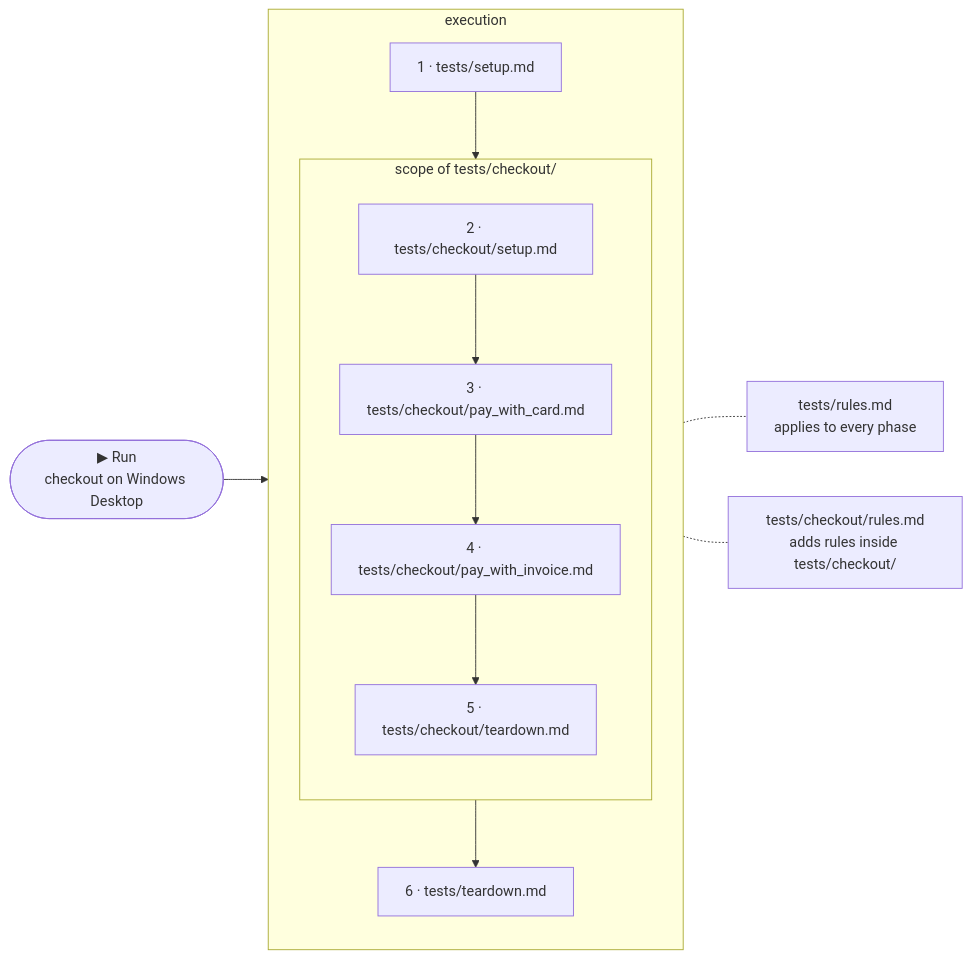
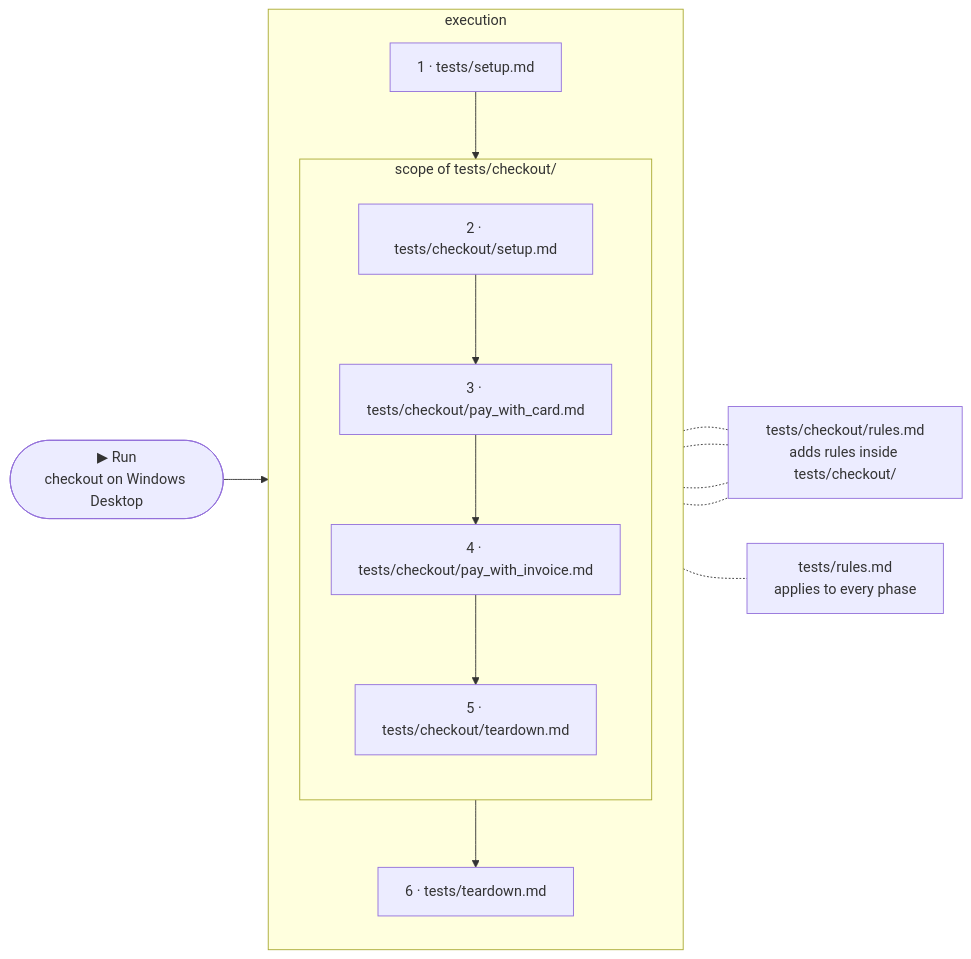
One commit to askui/docs-rewrite changed the diagram in content/docs/writing-tests/organisation.mdx. Above: the diagram before and after it, drawn with Mermaid.

Commit message:
docs(organisation): scoped rules.md links to the checkout phases themselves

````diff
--- a/content/docs/writing-tests/organisation.mdx
+++ b/content/docs/writing-tests/organisation.mdx
@@ -49,19 +49,22 @@
 ```mermaid
 flowchart LR
   RUN(["▶ Run
 checkout on Windows Desktop"]) --> CHAIN
   subgraph CHAIN["execution"]
     direction TB
     A["1 · tests/setup.md"]
     subgraph CO["scope of tests/checkout/"]
       direction TB
       B["2 · tests/checkout/setup.md"] --> C["3 · tests/checkout/pay_with_card.md"] --> D["4 · tests/checkout/pay_with_invoice.md"] --> E["5 · tests/checkout/teardown.md"]
     end
     A --> B
     E --> F["6 · tests/teardown.md"]
   end
   CHAIN -.- R1["tests/rules.md
 applies to every phase"]
-  CO -.- R2["tests/checkout/rules.md
+  B -.- R2
+  C -.- R2
+  D -.- R2
+  E -.- R2["tests/checkout/rules.md
 adds rules inside tests/checkout/"]
 ```
````
